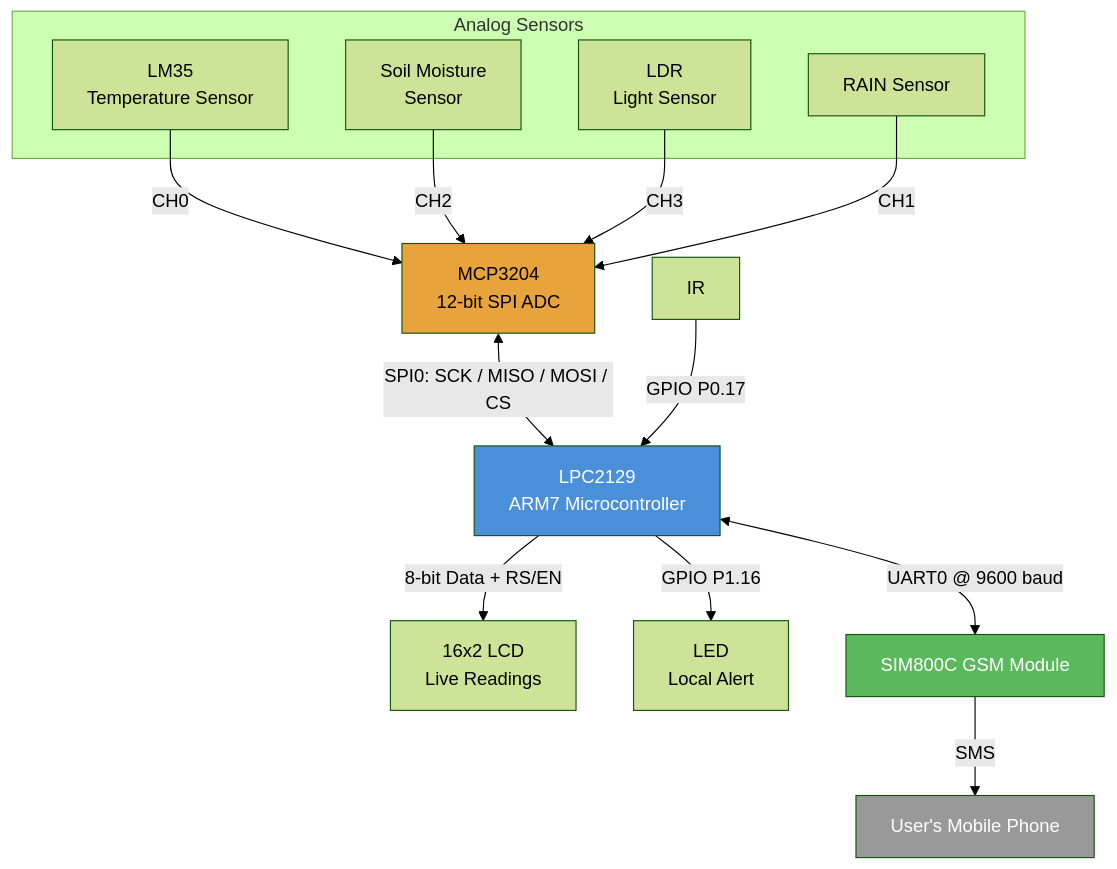
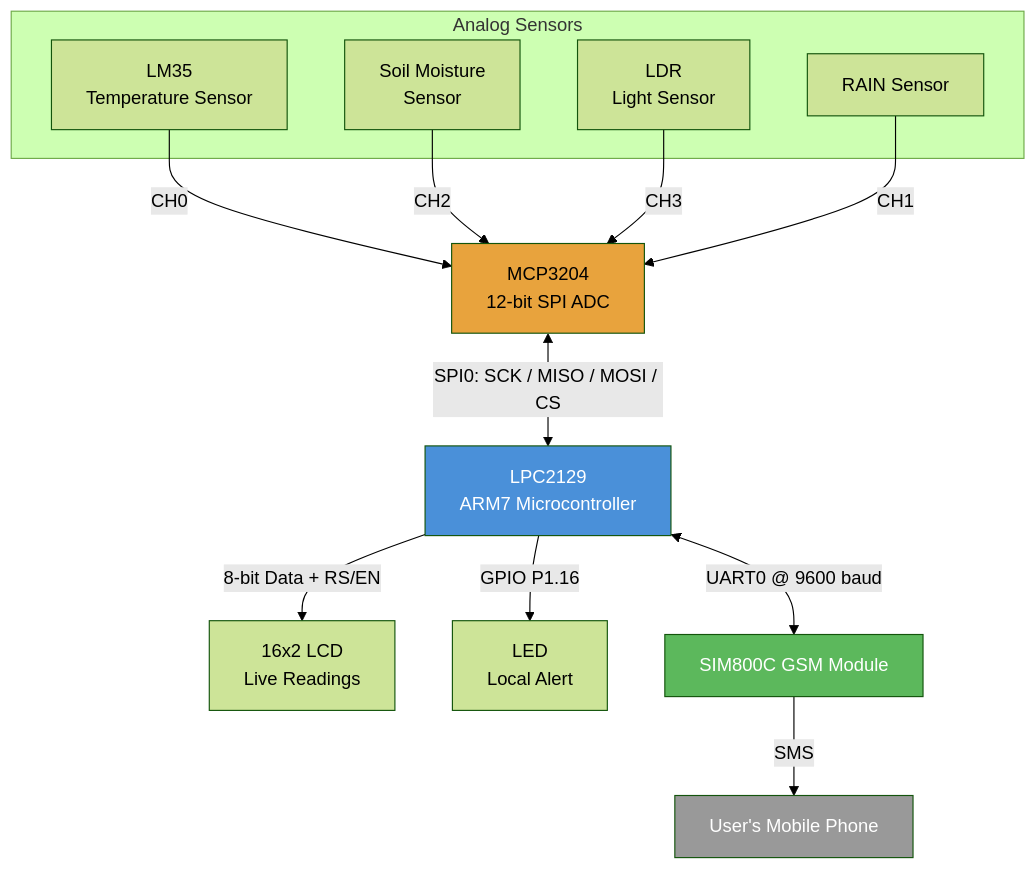
One commit to va092765/Real_time_weather_monitoring_system_SPI changed the diagram in README.md. Above: the diagram before and after it, drawn with Mermaid (forest theme).

````diff
--- a/README.md
+++ b/README.md
@@ -7,28 +7,28 @@
 ```mermaid
 flowchart TB
     subgraph Sensors["Analog Sensors"]
         LM35["LM35\nTemperature Sensor"]
         SOIL["Soil Moisture\nSensor"]
         LDR["LDR\nLight Sensor"]
         FC-37["RAIN Sensor\n"]
     end
 
     LM35 -->|CH0| ADC["MCP3204\n12-bit SPI ADC"]
     SOIL -->|CH2| ADC
     LDR -->|CH3| ADC
     FC-37 -->|CH1| ADC
 
 
     ADC <-->|SPI0: SCK / MISO / MOSI / CS| MCU["LPC2129\nARM7 Microcontroller"]
-    IR -->|GPIO P0.17| MCU
+
 
     MCU -->|8-bit Data + RS/EN| LCD["16x2 LCD\nLive Readings"]
     MCU -->|GPIO P1.16| ALERT["LED\nLocal Alert"]
     MCU <-->|UART0 @ 9600 baud| GSM["SIM800C GSM Module"]
     GSM -->|SMS| PHONE["User's Mobile Phone"]
 
     style MCU fill:#4a90d9,color:#fff
     style ADC fill:#e8a33d,color:#000
     style GSM fill:#5cb85c,color:#fff
     style PHONE fill:#999,color:#fff
 ```
````
